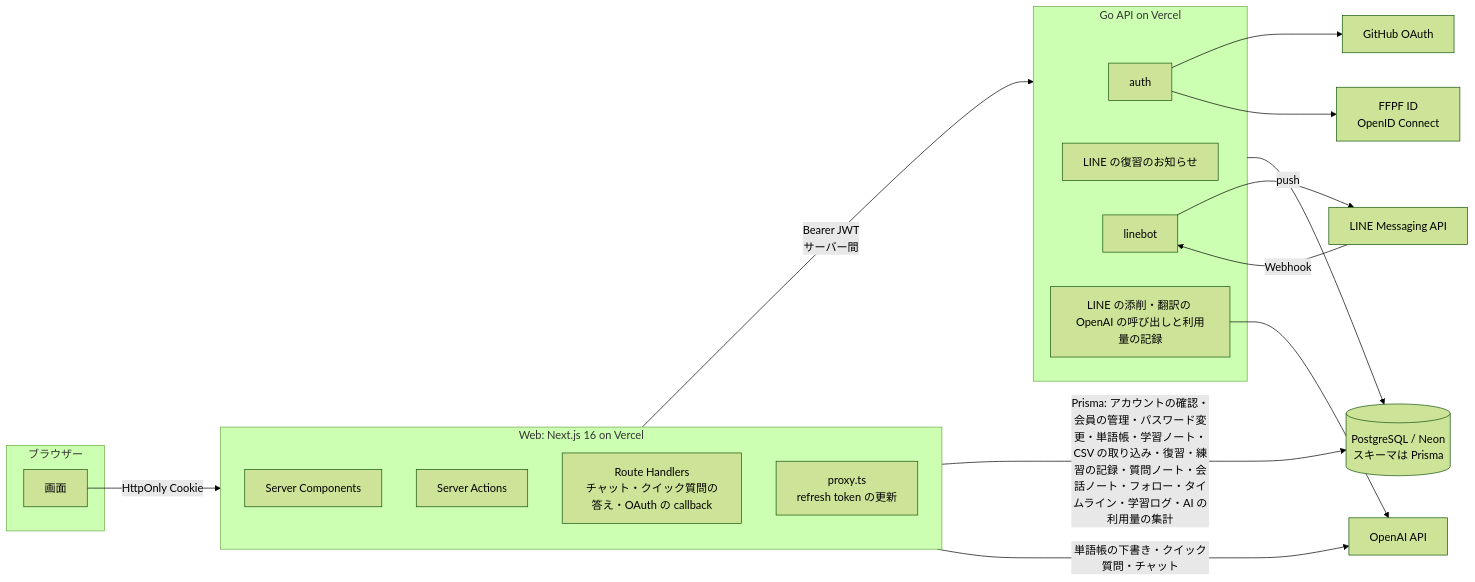
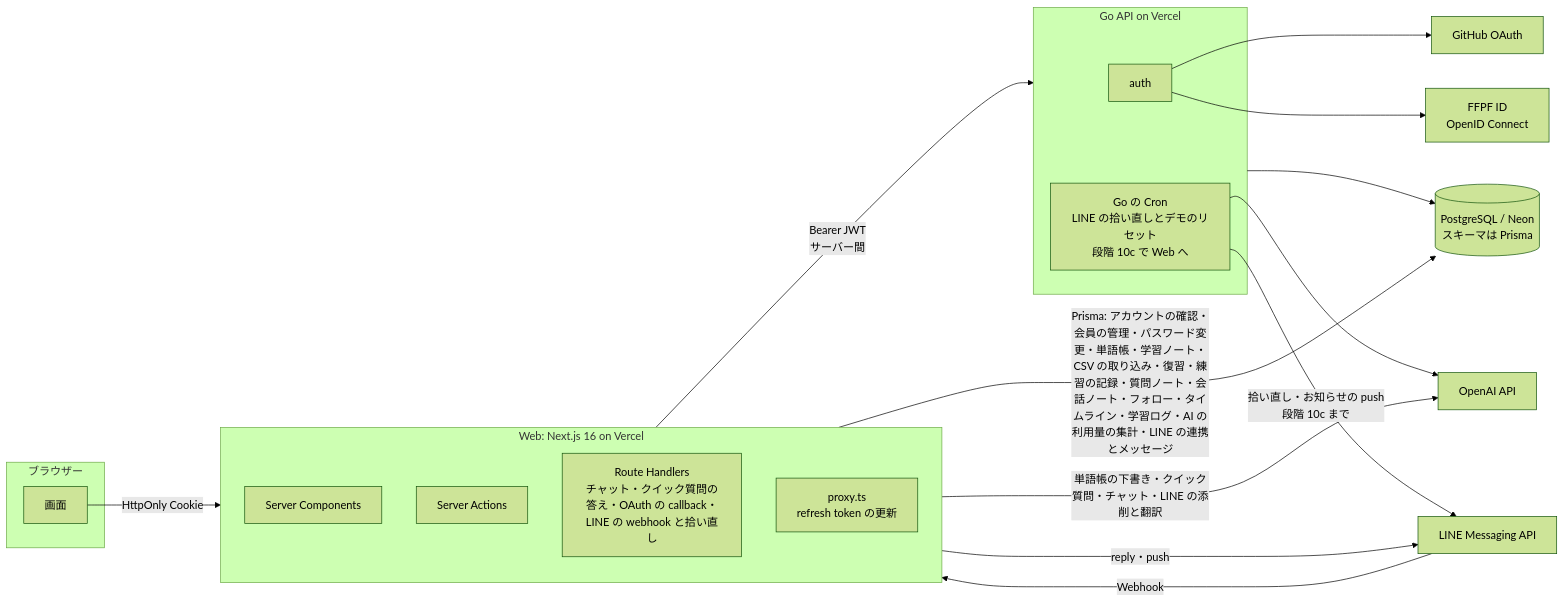
The first of 2 diagrams in docs/architecture.md (Sparklingstadt/ffpf-zhuelog), drawn with Mermaid (forest theme) before and after one commit. The commit also changed other lines of this file and 72 other files, not shown here.

First line of the commit message:
Go 廃止の段階 10a：LINE の webhook と拾い直しを Web で受ける (#178)

````diff
--- a/docs/architecture.md
+++ b/docs/architecture.md
@@ -7,34 +7,33 @@
 ```mermaid
 flowchart LR
   subgraph Browser[ブラウザー]
     UI[画面]
   end
   subgraph Web[Web: Next.js 16 on Vercel]
     RSC[Server Components]
     SA[Server Actions]
-    RH[Route Handlers<br/>チャット・クイック質問の答え・OAuth の callback]
+    RH[Route Handlers<br/>チャット・クイック質問の答え・OAuth の callback・LINE の webhook と拾い直し]
     PX[proxy.ts<br/>refresh token の更新]
   end
   subgraph API[Go API on Vercel]
     AUTH[auth]
-    DATA[LINE の復習のお知らせ]
-    LINEBOT[linebot]
-    AI[LINE の添削・翻訳の OpenAI の呼び出しと利用量の記録]
+    CRON[Go の Cron<br/>LINE の拾い直しとデモのリセット<br/>段階 10c で Web へ]
   end
   DB[(PostgreSQL / Neon<br/>スキーマは Prisma)]
   OpenAI[OpenAI API]
   LINE[LINE Messaging API]
   GH[GitHub OAuth]
   FFPF[FFPF ID<br/>OpenID Connect]
 
   UI -->|HttpOnly Cookie| Web
   Web -->|Bearer JWT<br/>サーバー間| API
   API --> DB
-  Web -->|Prisma: アカウントの確認・会員の管理・パスワード変更・単語帳・学習ノート・CSV の取り込み・復習・練習の記録・質問ノート・会話ノート・フォロー・タイムライン・学習ログ・AI の利用量の集計| DB
-  Web -->|単語帳の下書き・クイック質問・チャット| OpenAI
-  AI --> OpenAI
-  LINE -->|Webhook| LINEBOT
-  LINEBOT -->|push| LINE
+  Web -->|Prisma: アカウントの確認・会員の管理・パスワード変更・単語帳・学習ノート・CSV の取り込み・復習・練習の記録・質問ノート・会話ノート・フォロー・タイムライン・学習ログ・AI の利用量の集計・LINE の連携とメッセージ| DB
+  Web -->|単語帳の下書き・クイック質問・チャット・LINE の添削と翻訳| OpenAI
+  LINE -->|Webhook| Web
+  Web -->|reply・push| LINE
+  CRON -->|拾い直し・お知らせの push<br/>段階 10c まで| LINE
+  CRON --> OpenAI
   AUTH --> GH
   AUTH --> FFPF
 ```
````
